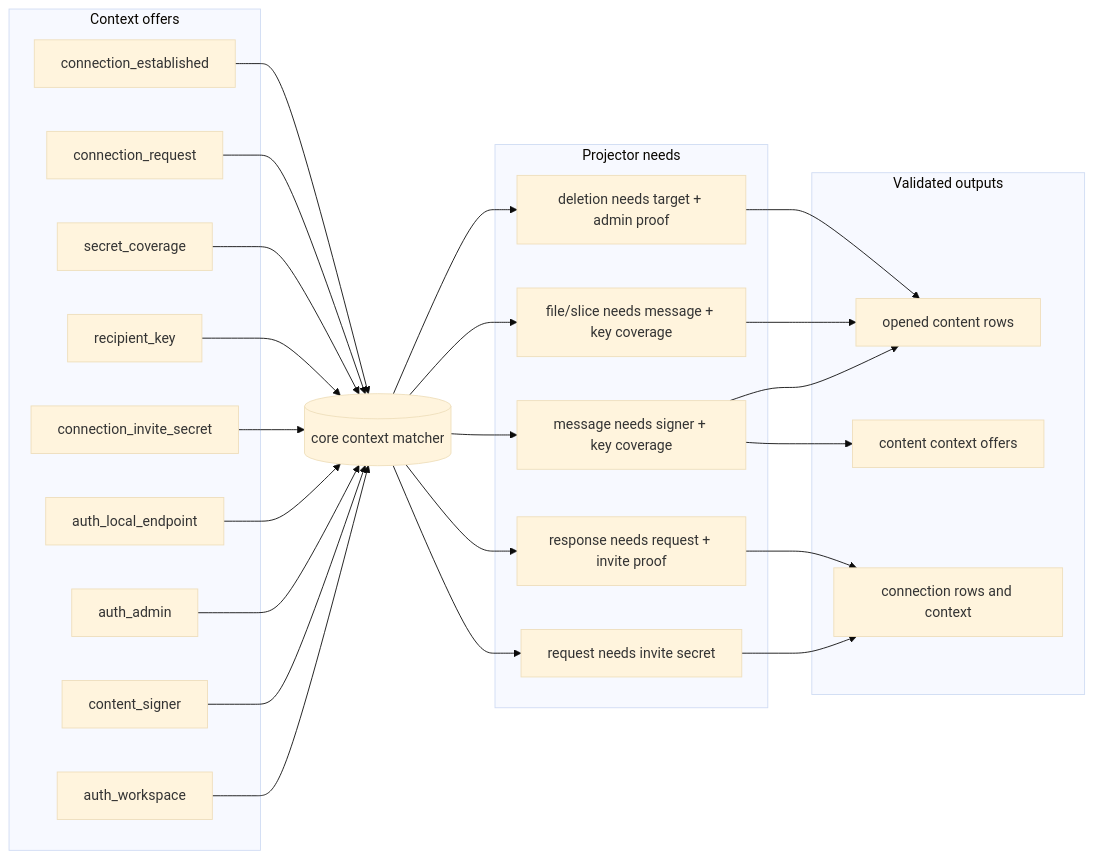
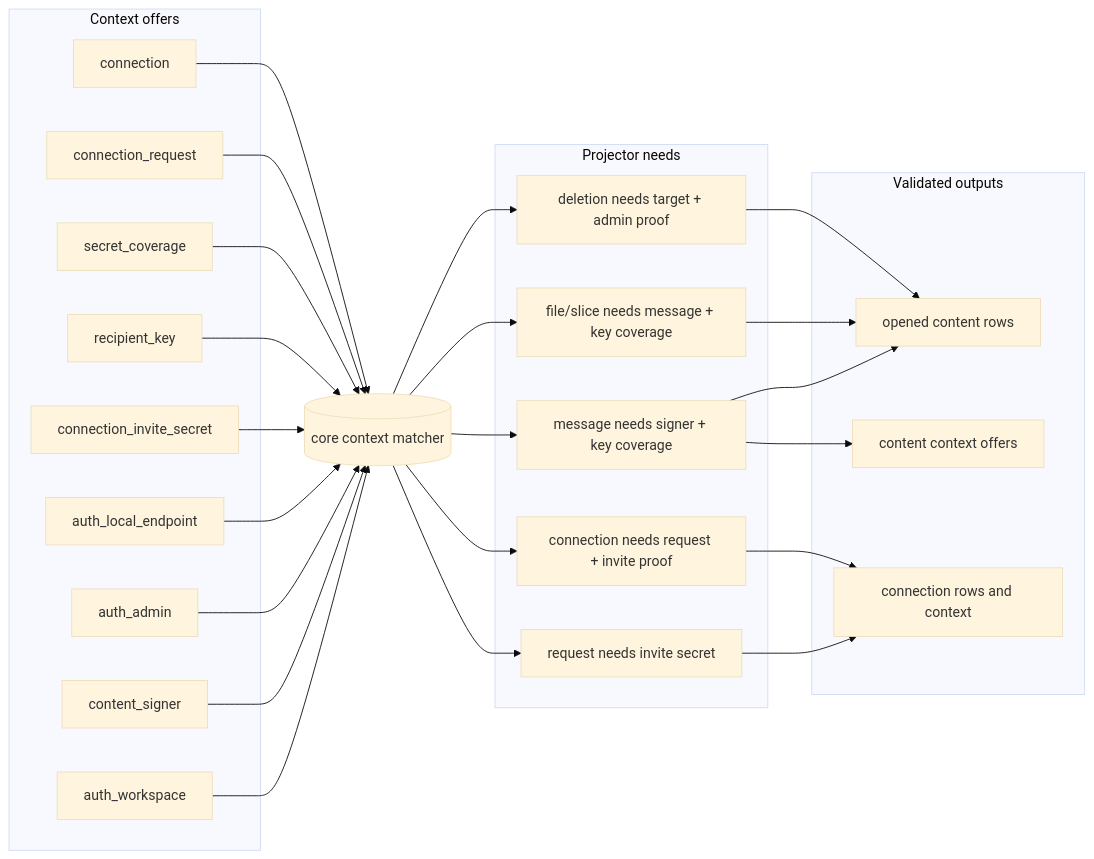
One commit to holmesworcester/poc-10 changed the third of 6 diagrams in ARCHITECTURE_DIAGRAMS.md. Above: the diagram before and after it, drawn with Mermaid (base theme). The commit also changed other lines of this file and 153 other files, not shown here.

````diff
--- a/ARCHITECTURE_DIAGRAMS.md
+++ b/ARCHITECTURE_DIAGRAMS.md
@@ -95,53 +95,53 @@
 ```mermaid
 flowchart LR
     subgraph OFFERS["Context offers"]
       AUTH_WS["auth_workspace"]
       AUTH_SIGNER["content_signer"]
       AUTH_ADMIN["auth_admin"]
       AUTH_ENDPOINT["auth_local_endpoint"]
       INVITE_SECRET["connection_invite_secret"]
       RECIPIENT["recipient_key"]
       COVERAGE["secret_coverage"]
       CONN_REQUEST["connection_request"]
-      CONN_ESTABLISHED["connection_established"]
+      CONN["connection"]
     end
 
     CONTEXT[("core context matcher")]
 
     subgraph NEEDS["Projector needs"]
       MSG_NEEDS["message needs signer + key coverage"]
       FILE_NEEDS["file/slice needs message + key coverage"]
       DELETE_NEEDS["deletion needs target + admin proof"]
       REQUEST_NEEDS["request needs invite secret"]
-      RESPONSE_NEEDS["response needs request + invite proof"]
+      CONNECTION_NEEDS["connection needs request + invite proof"]
     end
 
     subgraph OUTPUTS["Validated outputs"]
       OPENED["opened content rows"]
       CONTENT_CONTEXT["content context offers"]
       CONNECTION_ROWS["connection rows and context"]
     end
 
     AUTH_WS --> CONTEXT
     AUTH_SIGNER --> CONTEXT
     AUTH_ADMIN --> CONTEXT
     AUTH_ENDPOINT --> CONTEXT
     INVITE_SECRET --> CONTEXT
     RECIPIENT --> CONTEXT
     COVERAGE --> CONTEXT
     CONN_REQUEST --> CONTEXT
-    CONN_ESTABLISHED --> CONTEXT
+    CONN --> CONTEXT
 
     CONTEXT --> MSG_NEEDS
     CONTEXT --> FILE_NEEDS
     CONTEXT --> DELETE_NEEDS
     CONTEXT --> REQUEST_NEEDS
-    CONTEXT --> RESPONSE_NEEDS
+    CONTEXT --> CONNECTION_NEEDS
 
     MSG_NEEDS --> OPENED
     MSG_NEEDS --> CONTENT_CONTEXT
     FILE_NEEDS --> OPENED
     DELETE_NEEDS --> OPENED
     REQUEST_NEEDS --> CONNECTION_ROWS
-    RESPONSE_NEEDS --> CONNECTION_ROWS
+    CONNECTION_NEEDS --> CONNECTION_ROWS
 ```
````
